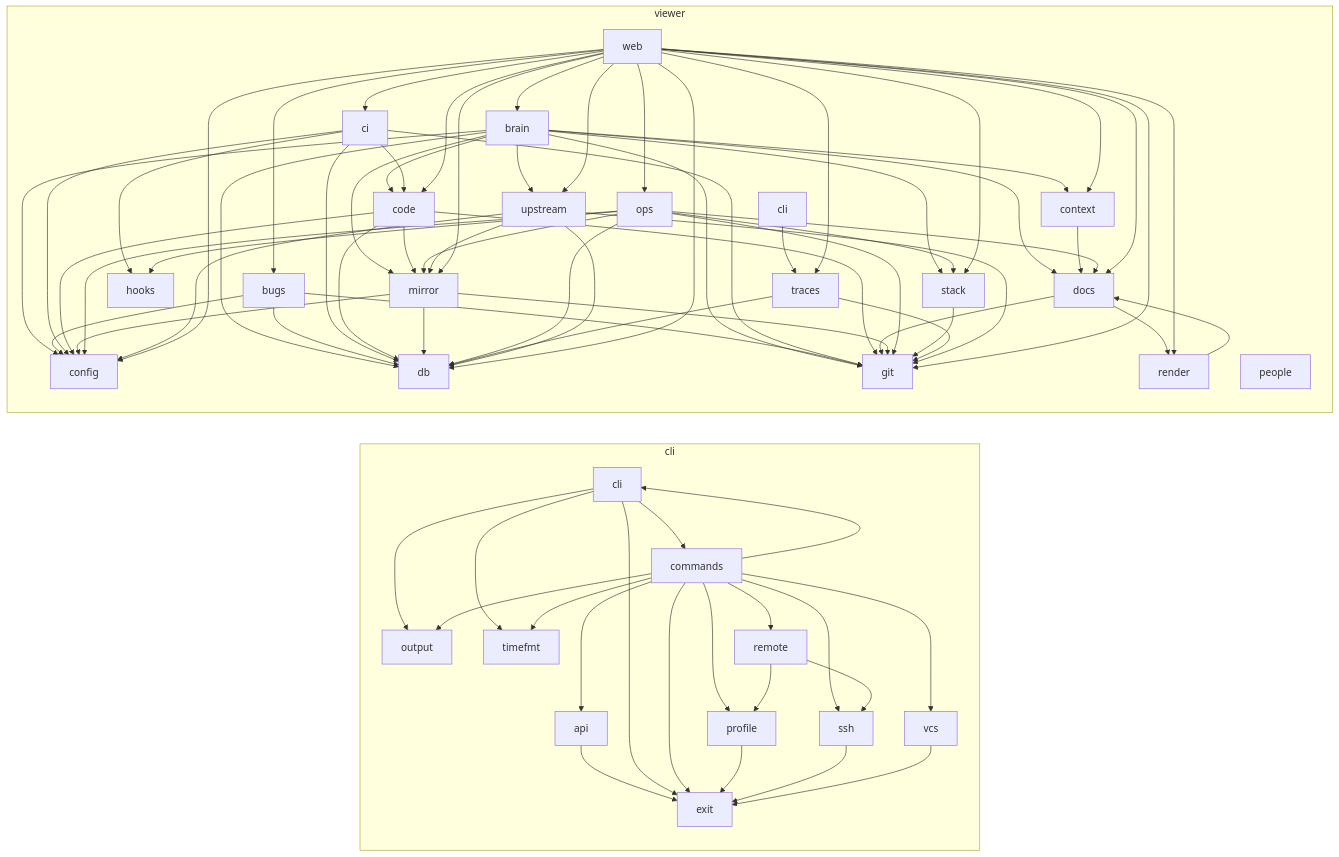
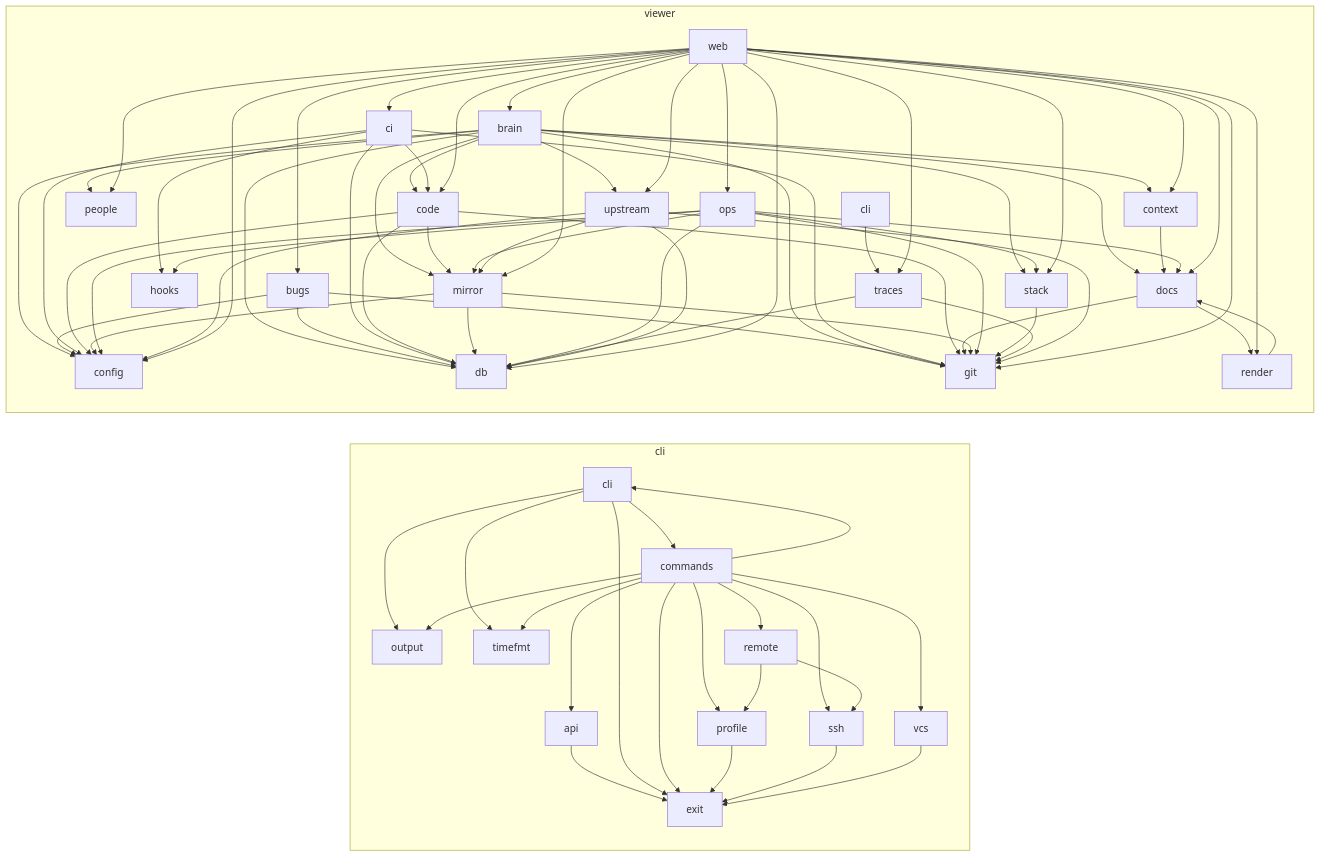
One commit to matthiasdebernardini/nashcode changed the second of 2 diagrams in ARCHITECTURE.md. Above: the diagram before and after it, drawn with Mermaid. The commit also changed 1 other file, not shown here.

Commit message:
SPEC: people — the shared rule lives in one crate, people-core
Claude-Session: https://claude.ai/code/session_011M4r9BcekQXcyEyVvE33Y6

```diff
--- a/ARCHITECTURE.md
+++ b/ARCHITECTURE.md
@@ -98,6 +98,7 @@
   viewer_brain --> viewer_docs
   viewer_brain --> viewer_git
   viewer_brain --> viewer_mirror
+  viewer_brain --> viewer_people
   viewer_brain --> viewer_stack
   viewer_brain --> viewer_upstream
   viewer_bugs --> viewer_config
@@ -145,6 +146,7 @@
   viewer_web --> viewer_git
   viewer_web --> viewer_mirror
   viewer_web --> viewer_ops
+  viewer_web --> viewer_people
   viewer_web --> viewer_render
   viewer_web --> viewer_stack
   viewer_web --> viewer_traces
```
